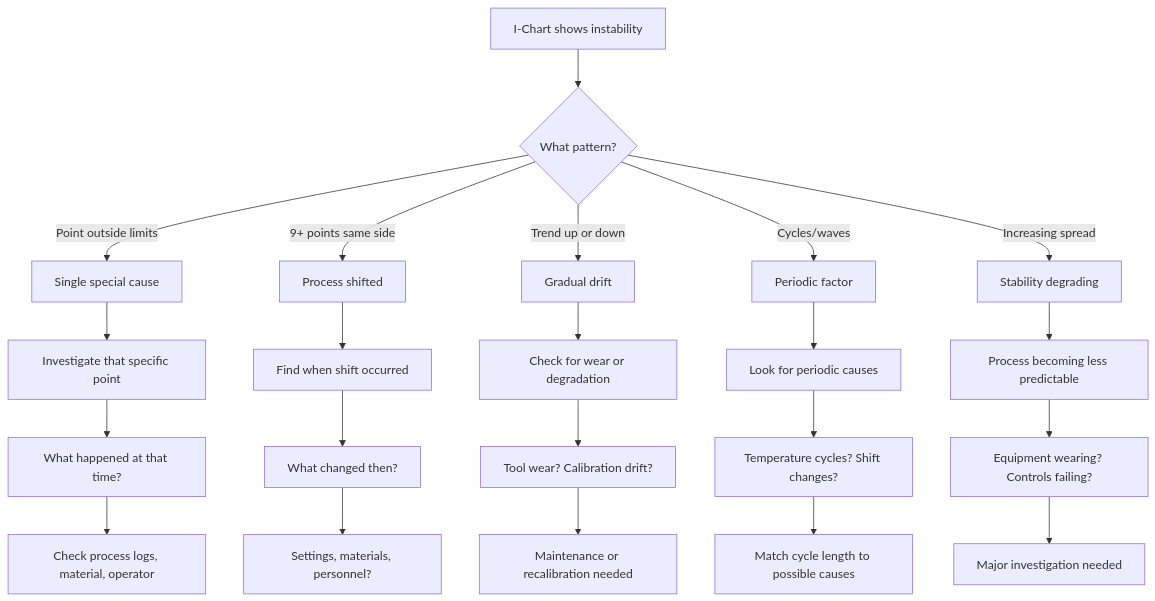
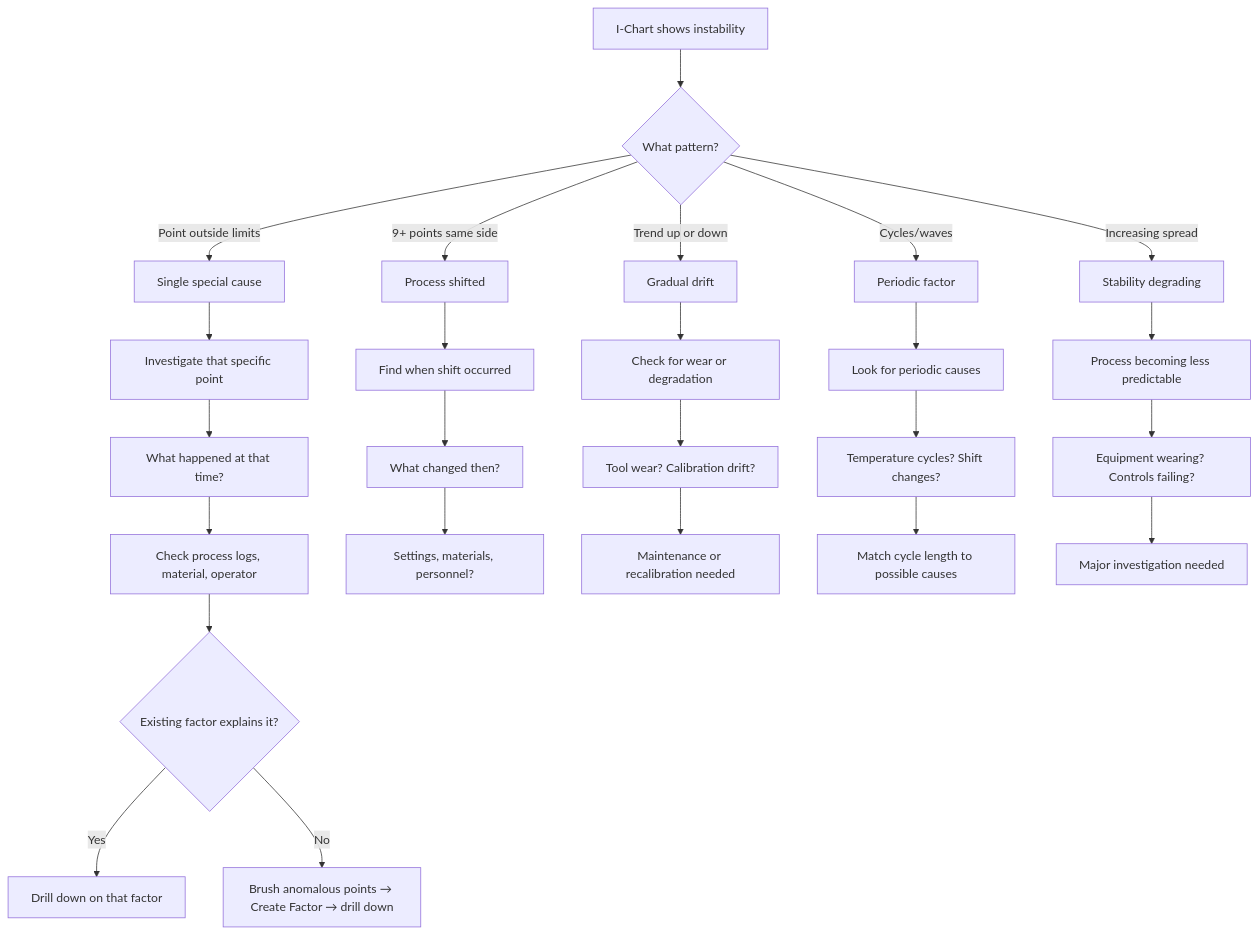
The second of 7 diagrams in docs/03-features/workflows/decision-trees.md (jukka-matti/variscout), drawn with Mermaid before and after one commit. The commit also changed other lines of this file and 50 other files, not shown here.

First line of the commit message:
feat: I-Chart brush selection with Create Factor workflow

````diff
--- a/docs/03-features/workflows/decision-trees.md
+++ b/docs/03-features/workflows/decision-trees.md
@@ -28,30 +28,33 @@
 ```mermaid
 flowchart TD
     A[I-Chart shows instability] --> B{What pattern?}
 
     B -->|"Point outside limits"| C[Single special cause]
     B -->|"9+ points same side"| D[Process shifted]
     B -->|"Trend up or down"| E[Gradual drift]
     B -->|"Cycles/waves"| F[Periodic factor]
     B -->|"Increasing spread"| G[Stability degrading]
 
     C --> C1[Investigate that specific point]
     C1 --> C2[What happened at that time?]
     C2 --> C3[Check process logs, material, operator]
+    C3 --> C4{Existing factor explains it?}
+    C4 -->|Yes| C5[Drill down on that factor]
+    C4 -->|No| C6[Brush anomalous points → Create Factor → drill down]
 
     D --> D1[Find when shift occurred]
     D1 --> D2[What changed then?]
     D2 --> D3[Settings, materials, personnel?]
 
     E --> E1[Check for wear or degradation]
     E1 --> E2[Tool wear? Calibration drift?]
     E2 --> E3[Maintenance or recalibration needed]
 
     F --> F1[Look for periodic causes]
     F1 --> F2[Temperature cycles? Shift changes?]
     F2 --> F3[Match cycle length to possible causes]
 
     G --> G1[Process becoming less predictable]
     G1 --> G2[Equipment wearing? Controls failing?]
     G2 --> G3[Major investigation needed]
 ```
````
